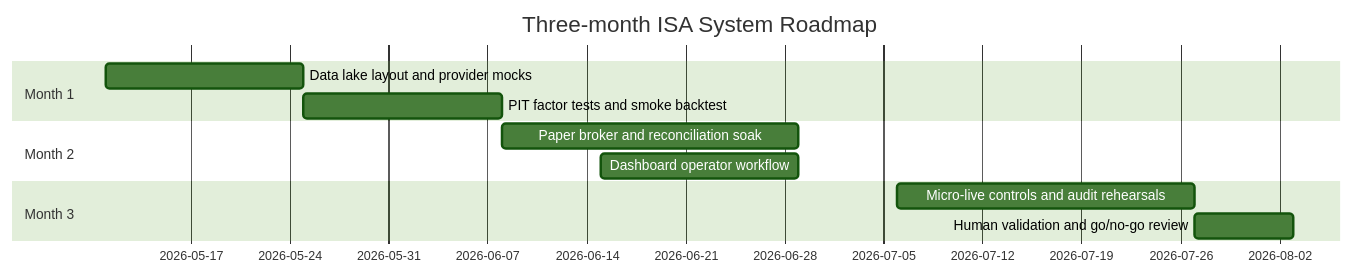
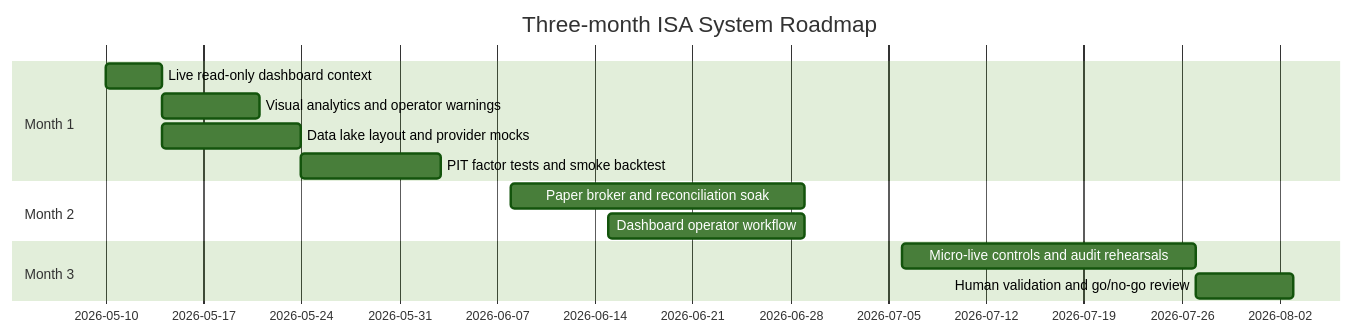
One commit to danielcoakley/t212 changed the diagram in docs/roadmap.md. Above: the diagram before and after it, drawn with Mermaid (forest theme). The commit also changed other lines of this file and 14 other files, not shown here.

````diff
--- a/docs/roadmap.md
+++ b/docs/roadmap.md
@@ -9,14 +28,16 @@
 ```mermaid
 gantt
     title Three-month ISA System Roadmap
     dateFormat  YYYY-MM-DD
     section Month 1
-    Data lake layout and provider mocks      :a1, 2026-05-11, 14d
-    PIT factor tests and smoke backtest      :a2, after a1, 14d
+    Live read-only dashboard context         :a0, 2026-05-10, 4d
+    Visual analytics and operator warnings   :a1, after a0, 7d
+    Data lake layout and provider mocks      :a2, 2026-05-14, 10d
+    PIT factor tests and smoke backtest      :a3, after a2, 10d
     section Month 2
     Paper broker and reconciliation soak     :b1, 2026-06-08, 21d
-    Dashboard operator workflow             :b2, 2026-06-15, 14d
+    Dashboard operator workflow              :b2, 2026-06-15, 14d
     section Month 3
     Micro-live controls and audit rehearsals :c1, 2026-07-06, 21d
     Human validation and go/no-go review     :c2, 2026-07-27, 7d
 ```
````
